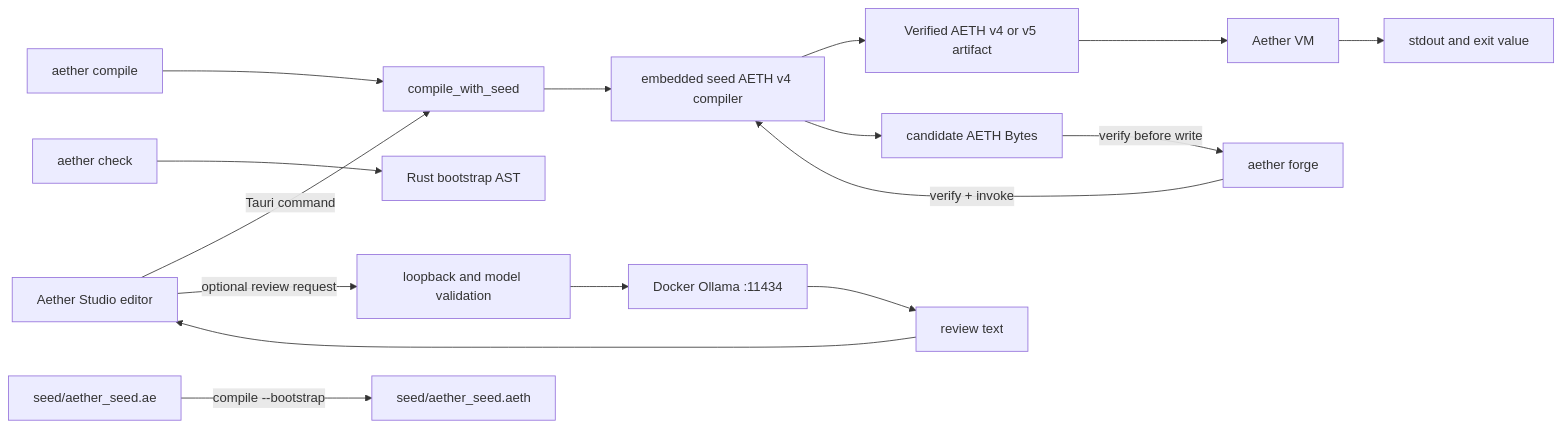
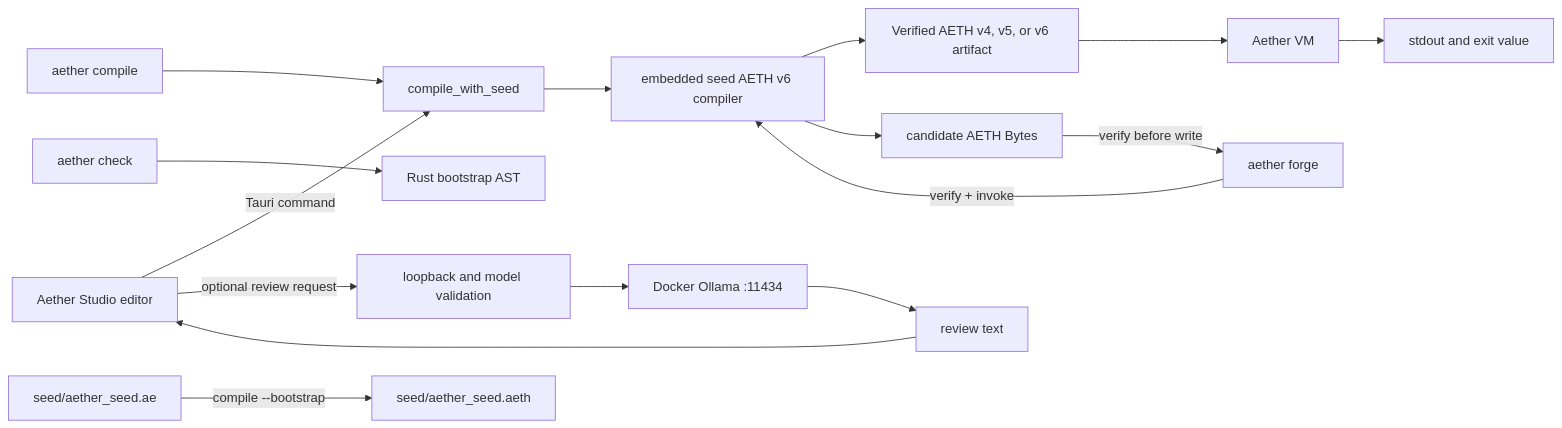
The diagram in docs/ARCHITECTURE.md (MrWizard94-Compile/XLang), drawn with Mermaid before and after one commit. The commit also changed other lines of this file and 38 other files, not shown here.

```diff
--- a/docs/ARCHITECTURE.md
+++ b/docs/ARCHITECTURE.md
@@ -3,18 +3,18 @@
 ~~~mermaid
 flowchart LR
     Editor["Aether Studio editor"] -->|"Tauri command"| SeedPath["compile_with_seed"]
     CLI["aether compile"] --> SeedPath
-    SeedPath --> SeedArt["embedded seed AETH v4 compiler"]
-    SeedArt --> Artifact["Verified AETH v4 or v5 artifact"]
+    SeedPath --> SeedArt["embedded seed AETH v6 compiler"]
+    SeedArt --> Artifact["Verified AETH v4, v5, or v6 artifact"]
     Artifact --> VM["Aether VM"]
     VM --> Result["stdout and exit value"]
     Check["aether check"] --> Bootstrap["Rust bootstrap AST"]
     SeedSrc["seed/aether_seed.ae"] -->|"compile --bootstrap"| SeedArtFile["seed/aether_seed.aeth"]
     Forge["aether forge"] -->|"verify + invoke"| SeedArt
     SeedArt --> Candidate["candidate AETH Bytes"]
     Candidate -->|"verify before write"| Forge
     Editor -->|"optional review request"| Guard["loopback and model validation"]
     Guard --> Ollama["Docker Ollama :11434"]
     Ollama --> Review["review text"]
     Review --> Editor
 ~~~
```
